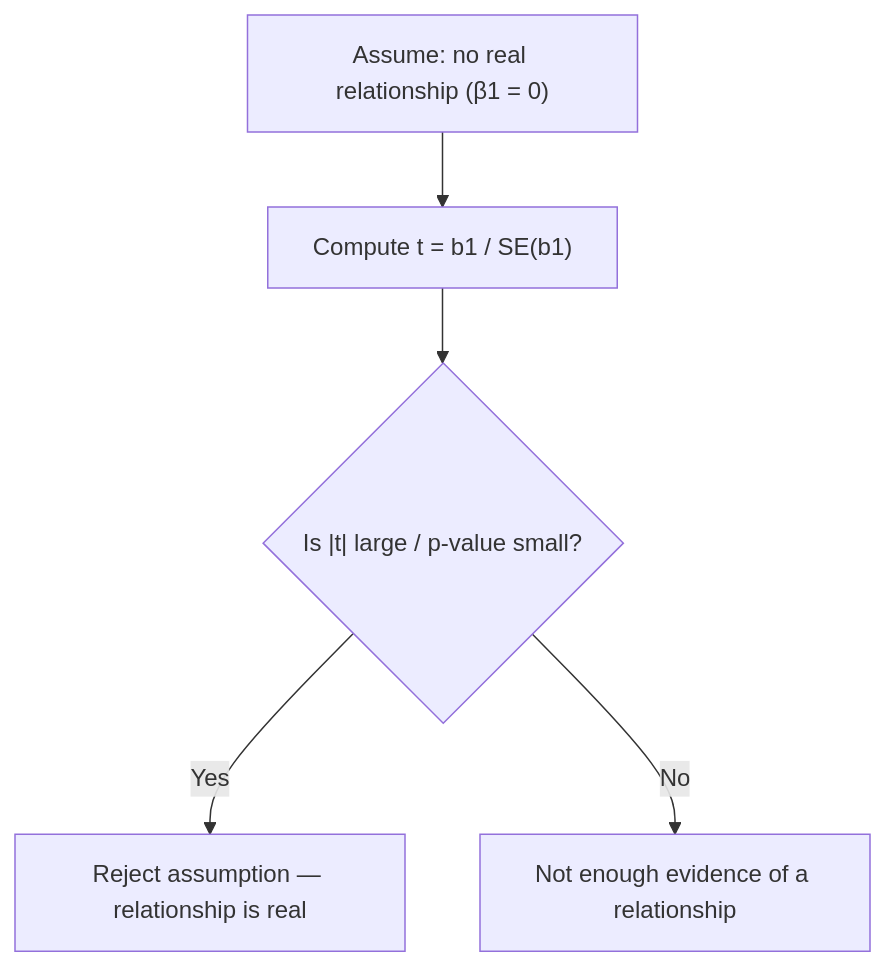
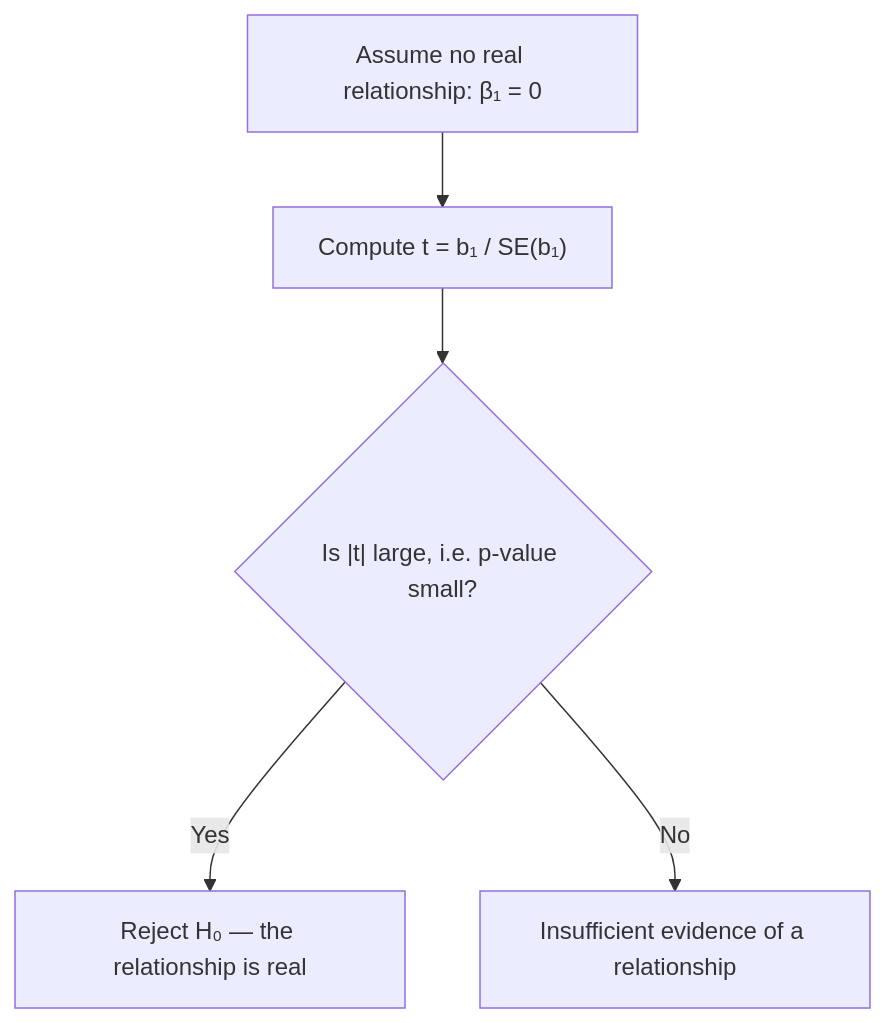
One commit to mhd-riaz/data-scientist-roadmap changed the ninth of 10 diagrams in semester-1/05-supervised-ml-regression/notes/02-linear-regression.md. Above: the diagram before and after it, drawn with Mermaid. The commit also changed other lines of this file and 5 other files, not shown here.

````diff
--- a/semester-1/05-supervised-ml-regression/notes/02-linear-regression.md
+++ b/semester-1/05-supervised-ml-regression/notes/02-linear-regression.md
@@ -200,7 +455,7 @@
 ```mermaid
 flowchart TD
-    A["Assume: no real relationship (β1 = 0)"] --> B["Compute t = b1 / SE(b1)"]
-    B --> C{"Is |t| large / p-value small?"}
-    C -- Yes --> D["Reject assumption — relationship is real"]
-    C -- No --> E["Not enough evidence of a relationship"]
+    A["Assume no real relationship: β₁ = 0"] --> B["Compute t = b₁ / SE(b₁)"]
+    B --> C{"Is |t| large, i.e. p-value small?"}
+    C -- Yes --> D["Reject H₀ — the relationship is real"]
+    C -- No --> E["Insufficient evidence of a relationship"]
 ```
````
